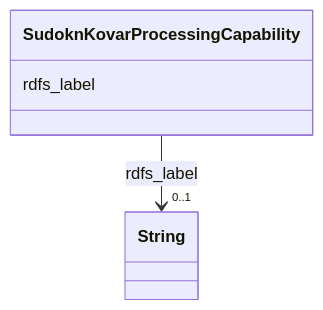
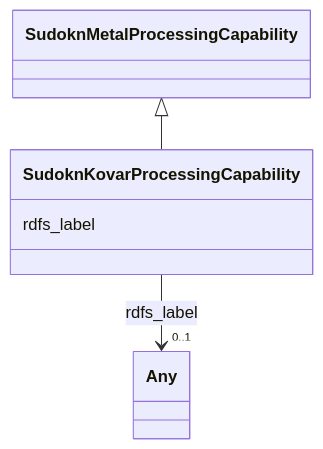
The diagram in sudokn-kg/classes/SudoknKovarProcessingCapability.md (frink-okn/graph-descriptions), drawn with Mermaid before and after one commit. The commit also changed other lines of this file and 903 other files, not shown here.

````diff
--- a/sudokn-kg/classes/SudoknKovarProcessingCapability.md
+++ b/sudokn-kg/classes/SudoknKovarProcessingCapability.md
@@ -23,15 +18,18 @@
 ```mermaid
  classDiagram
     class SudoknKovarProcessingCapability
     click SudoknKovarProcessingCapability href "../SudoknKovarProcessingCapability"
+      SudoknMetalProcessingCapability <|-- SudoknKovarProcessingCapability
+        click SudoknMetalProcessingCapability href "../SudoknMetalProcessingCapability"
+      
       SudoknKovarProcessingCapability : rdfs_label
         
           
     
     
-    SudoknKovarProcessingCapability --> "0..1" String : rdfs_label
-    click String href "../String"
+    SudoknKovarProcessingCapability --> "0..1" Any : rdfs_label
+    click Any href "../Any"
 
         
       
 ```
````
